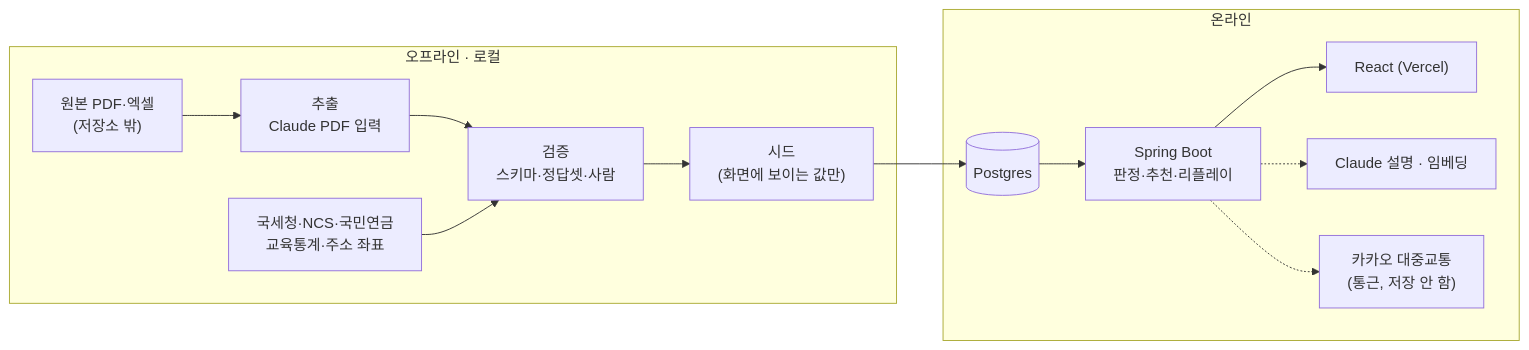
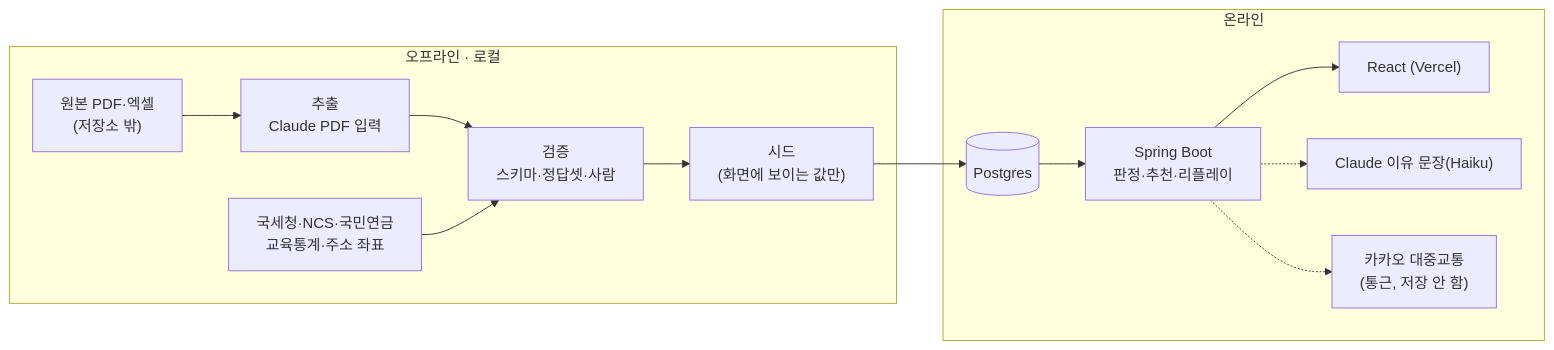
One commit to skuniv-team11/Backend changed the diagram in docs/architecture.md. Above: the diagram before and after it, drawn with Mermaid. The commit also changed other lines of this file and 31 other files, not shown here.

````diff
--- a/docs/architecture.md
+++ b/docs/architecture.md
@@ -9,16 +9,16 @@
 ```mermaid
 flowchart LR
   subgraph OFF["오프라인 · 로컬"]
     R["원본 PDF·엑셀<br>(저장소 밖)"] --> X["추출<br>Claude PDF 입력"]
     X --> V["검증<br>스키마·정답셋·사람"]
     P["국세청·NCS·국민연금<br>교육통계·주소 좌표"] --> V
     V --> S["시드<br>(화면에 보이는 값만)"]
   end
   subgraph ON["온라인"]
     S --> DB[("Postgres")]
     DB --> API["Spring Boot<br>판정·추천·리플레이"]
     API --> FE["React (Vercel)"]
-    API -.-> C["Claude 설명 · 임베딩"]
+    API -.-> C["Claude 이유 문장(Haiku)"]
     API -.-> K["카카오 대중교통<br>(통근, 저장 안 함)"]
   end
 ```
````
